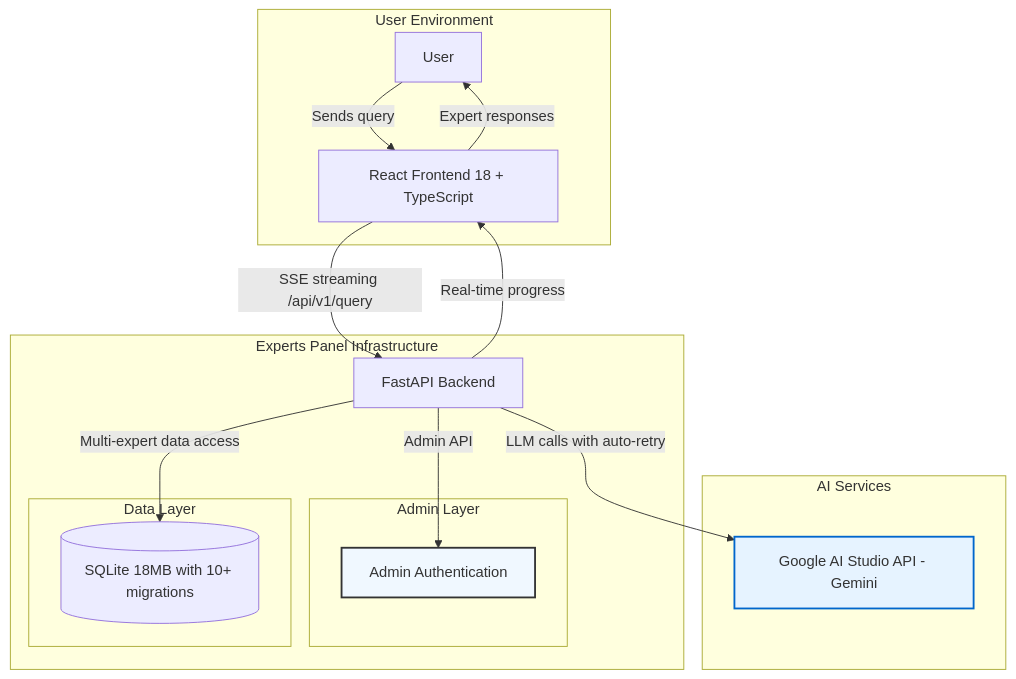
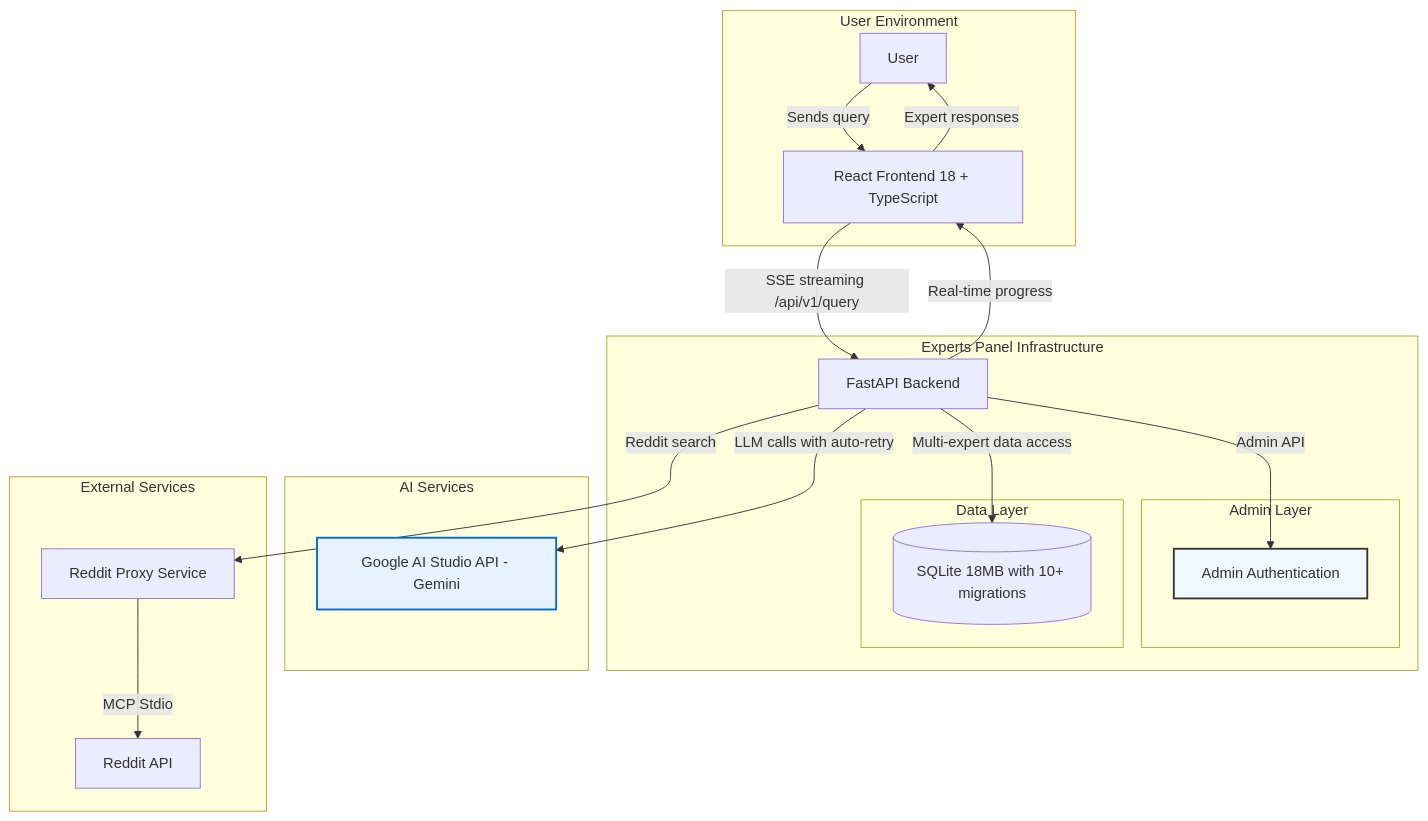
Before and after one commit to shao3d/Experts_panel: the first of 3 diagrams in README.md, drawn with Mermaid. The commit also changed other lines of this file and 3 other files, not shown here.

First line of the commit message:
docs: Phase 3 - Reddit MCP Integration documentation

````diff
--- a/README.md
+++ b/README.md
@@ -21,34 +21,41 @@
 ```mermaid
 graph TD
     subgraph "User Environment"
         User[User]
         Frontend[React Frontend 18 + TypeScript]
     end
 
     subgraph "Experts Panel Infrastructure"
         Backend[FastAPI Backend]
         subgraph "Admin Layer"
             Admin[Admin Authentication]
         end
         subgraph "Data Layer"
             DB[(SQLite 18MB with 10+ migrations)]
         end
     end
 
     subgraph "AI Services"
         GoogleAI[Google AI Studio API - Gemini]
     end
 
+    subgraph "External Services"
+        RedditProxy[Reddit Proxy Service]
+        RedditAPI[Reddit API]
+    end
+
     User -- "Sends query" --> Frontend
     Frontend -- "SSE streaming /api/v1/query" --> Backend
     Backend -- "Admin API" --> Admin
     Backend -- "LLM calls with auto-retry" --> GoogleAI
     Backend -- "Multi-expert data access" --> DB
     Backend -- "Real-time progress" --> Frontend
+    Backend -- "Reddit search" --> RedditProxy
+    RedditProxy -- "MCP Stdio" --> RedditAPI
     Frontend -- "Expert responses" --> User
 
     classDef ai_service fill:#e6f3ff,stroke:#0066cc,stroke-width:2px
     classDef admin_service fill:#f0f8ff,stroke:#333,stroke-width:2px
     class GoogleAI ai_service
     class Admin admin_service
 ```
````
